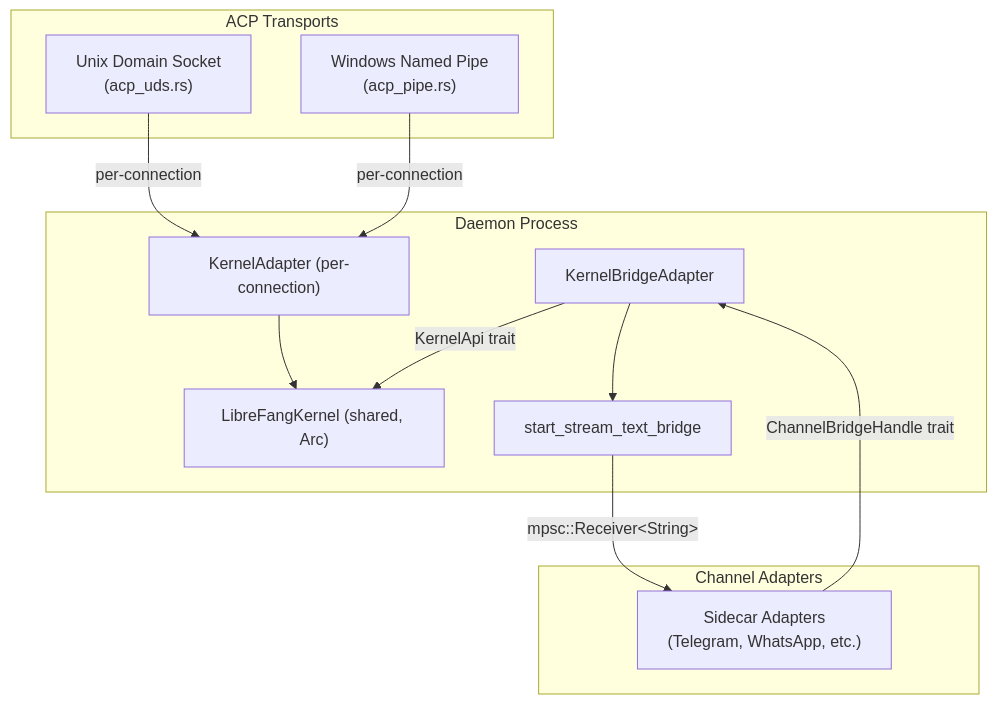
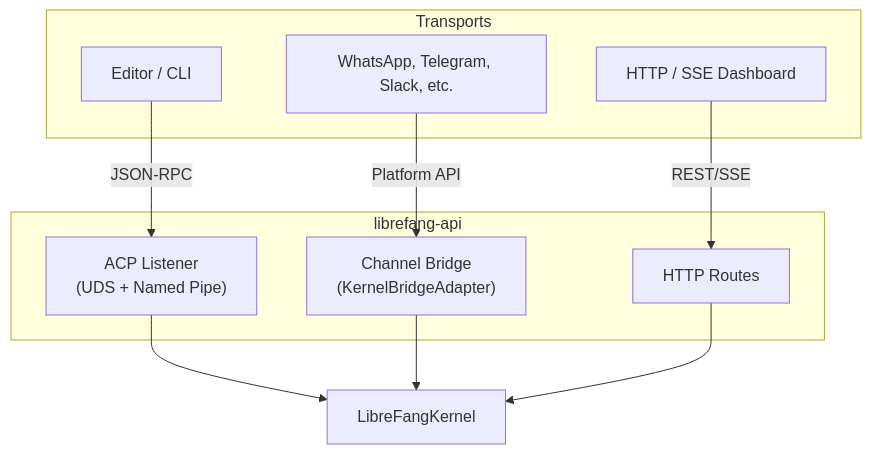
One commit to leszek3737/librefang-WIki changed the diagram in api-server.md. Above: the diagram before and after it, drawn with Mermaid. The commit also changed other lines of this file and 119 other files, not shown here.

````diff
--- a/api-server.md
+++ b/api-server.md
@@ -9,26 +9,23 @@
 ```mermaid
 graph TD
-    subgraph "Daemon Process"
-        Kernel["LibreFangKernel (shared, Arc)"]
-        Bridge["KernelBridgeAdapter"]
-        StreamBridge["start_stream_text_bridge"]
-        ACP["KernelAdapter (per-connection)"]
+    subgraph Transports
+        Editor["Editor / CLI"]
+        Channels["WhatsApp, Telegram, Slack, etc."]
+        HTTP["HTTP / SSE Dashboard"]
     end
 
-    subgraph "ACP Transports"
-        UDS["Unix Domain Socket<br/>(acp_uds.rs)"]
-        Pipe["Windows Named Pipe<br/>(acp_pipe.rs)"]
+    subgraph "librefang-api"
+        ACP["ACP Listener<br/>(UDS + Named Pipe)"]
+        Bridge["Channel Bridge<br/>(KernelBridgeAdapter)"]
+        Routes["HTTP Routes"]
     end
 
-    subgraph "Channel Adapters"
-        Sidecar["Sidecar Adapters<br/>(Telegram, WhatsApp, etc.)"]
-    end
+    Kernel["LibreFangKernel"]
 
-    UDS -->|per-connection| ACP
-    Pipe -->|per-connection| ACP
+    Editor -->|JSON-RPC| ACP
+    Channels -->|Platform API| Bridge
+    HTTP -->|REST/SSE| Routes
     ACP --> Kernel
-    Sidecar -->|ChannelBridgeHandle trait| Bridge
-    Bridge -->|KernelApi trait| Kernel
-    Bridge --> StreamBridge
-    StreamBridge -->|mpsc::Receiver&lt;String&gt;| Sidecar
+    Bridge --> Kernel
+    Routes --> Kernel
 ```
````
